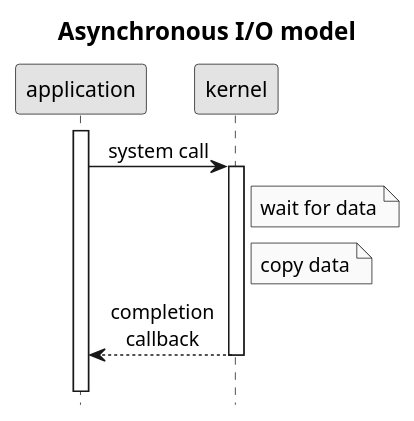
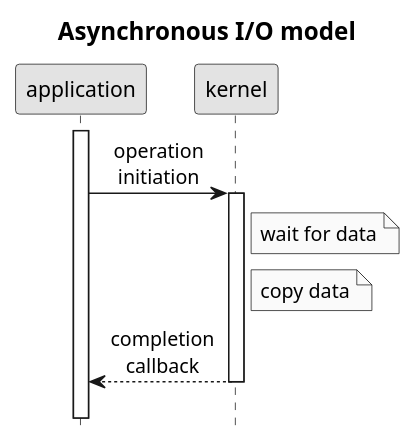
The diagram in .images/asynchronous IO model.puml (c0p4c4b4n4/demo-sockets-io-nio-nio2), drawn with PlantUML before and after one commit. The commit also changed 4 other files, not shown here.

```diff
--- a/.images/asynchronous IO model.puml
+++ b/.images/asynchronous IO model.puml
@@ -1,16 +1,16 @@
 @startuml
 title Asynchronous I/O model
 hide footbox
 skinparam monochrome true
 skinparam defaultFontName Arial
 skinparam titleFontSize 16
 skinparam sequenceMessageAlign center
 activate application
-application->kernel: system call
+application->kernel: operation\ninitiation
 activate kernel
 Note right of kernel: wait for data
 Note right of kernel: copy data
 kernel-->application: completion\ncallback
 deactivate kernel
 ||15||
 @enduml
```
